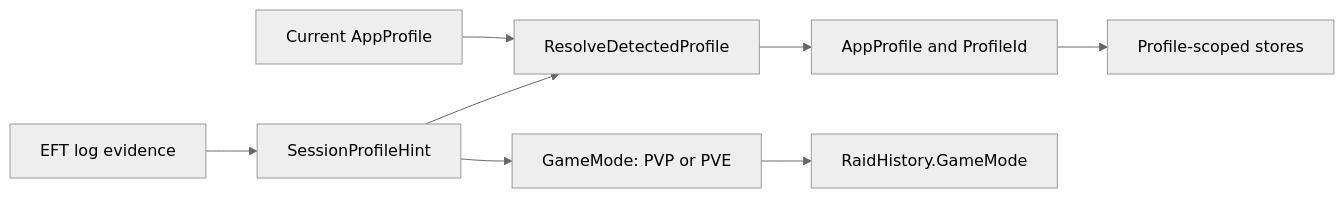
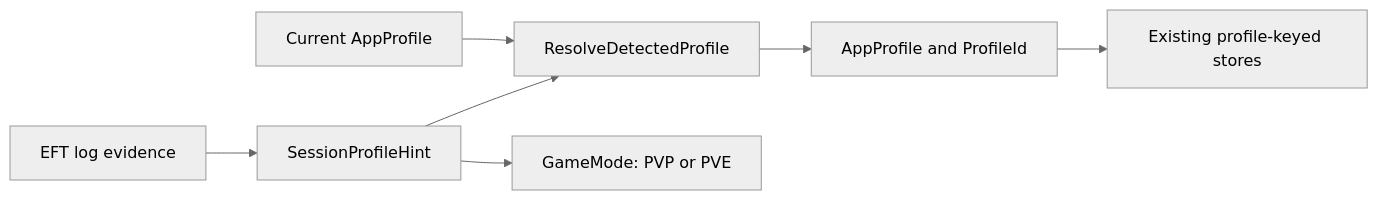
One commit to josephjang/TarkovHelper changed the first of 2 diagrams in docs/decisions/feature-seasonal-profile.spec.md. Above: the diagram before and after it, drawn with Mermaid (neutral theme). The commit also changed other lines of this file and 4 other files, not shown here.

````diff
--- a/docs/decisions/feature-seasonal-profile.spec.md
+++ b/docs/decisions/feature-seasonal-profile.spec.md
@@ -129,10 +105,9 @@
 ```mermaid
 flowchart LR
   Log["EFT log evidence"] --> Hint["SessionProfileHint"]
   Current["Current AppProfile"] --> Resolver["ResolveDetectedProfile"]
   Hint --> Resolver
   Resolver --> Choice["AppProfile and ProfileId"]
-  Choice --> Stores["Profile-scoped stores"]
+  Choice --> Existing["Existing profile-keyed stores"]
   Hint --> Rules["GameMode: PVP or PVE"]
-  Rules --> RaidRules["RaidHistory.GameMode"]
 ```
````
